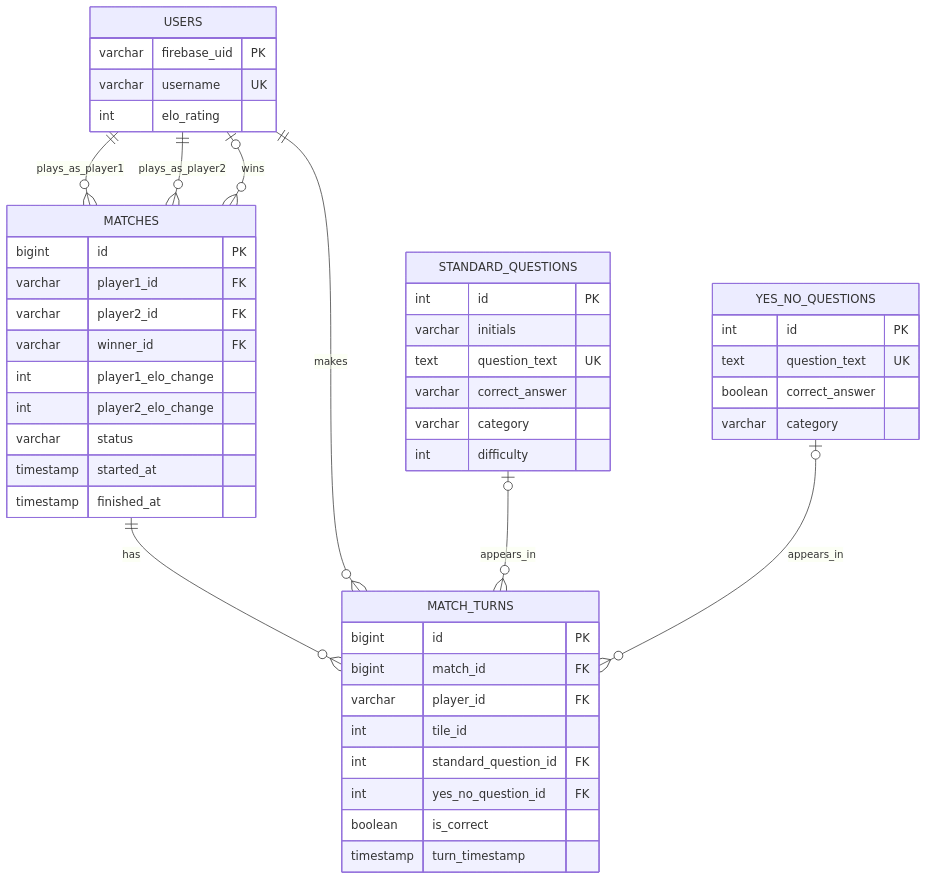
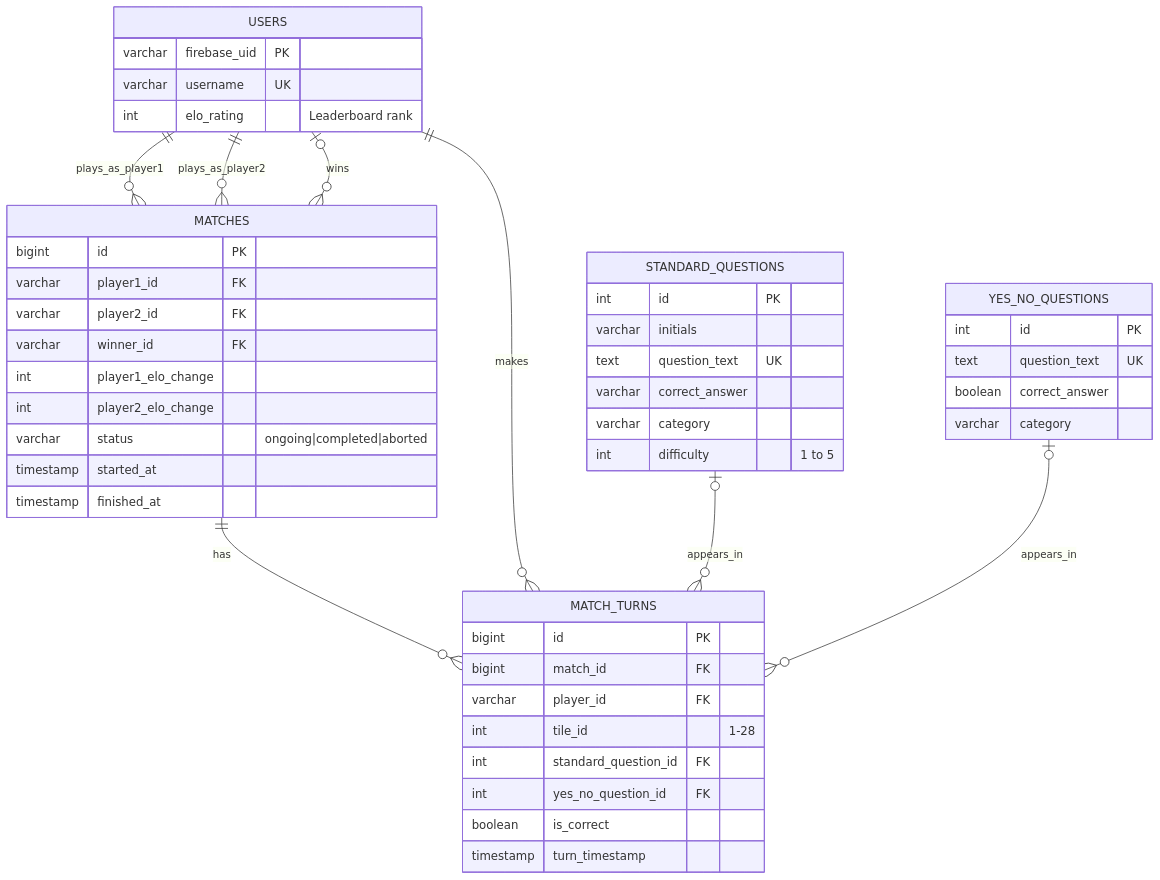
One commit to PSI-RDB-2026/QuizApp changed the second of 8 diagrams in docs/DESIGN.md. Above: the diagram before and after it, drawn with Mermaid. The commit also changed other lines of this file, not shown here.

````diff
--- a/docs/DESIGN.md
+++ b/docs/DESIGN.md
@@ -44,55 +44,55 @@
 ```mermaid
 erDiagram
     USERS {
         varchar firebase_uid PK
         varchar username UK
-        int elo_rating
+        int elo_rating "Leaderboard rank"
     }
 
     STANDARD_QUESTIONS {
         int id PK
         varchar initials
         text question_text UK
         varchar correct_answer
         varchar category
-        int difficulty
+        int difficulty "1 to 5"
     }
 
     YES_NO_QUESTIONS {
         int id PK
         text question_text UK
         boolean correct_answer
         varchar category
     }
 
     MATCHES {
         bigint id PK
         varchar player1_id FK
         varchar player2_id FK
         varchar winner_id FK
         int player1_elo_change
         int player2_elo_change
-        varchar status
+        varchar status "ongoing|completed|aborted"
         timestamp started_at
         timestamp finished_at
     }
 
     MATCH_TURNS {
         bigint id PK
         bigint match_id FK
         varchar player_id FK
-        int tile_id
+        int tile_id "1-28"
         int standard_question_id FK
         int yes_no_question_id FK
         boolean is_correct
         timestamp turn_timestamp
     }
 
     USERS ||--o{ MATCHES : plays_as_player1
     USERS ||--o{ MATCHES : plays_as_player2
     USERS o|--o{ MATCHES : wins
     MATCHES ||--o{ MATCH_TURNS : has
     USERS ||--o{ MATCH_TURNS : makes
     STANDARD_QUESTIONS o|--o{ MATCH_TURNS : appears_in
     YES_NO_QUESTIONS o|--o{ MATCH_TURNS : appears_in
 ```
````
